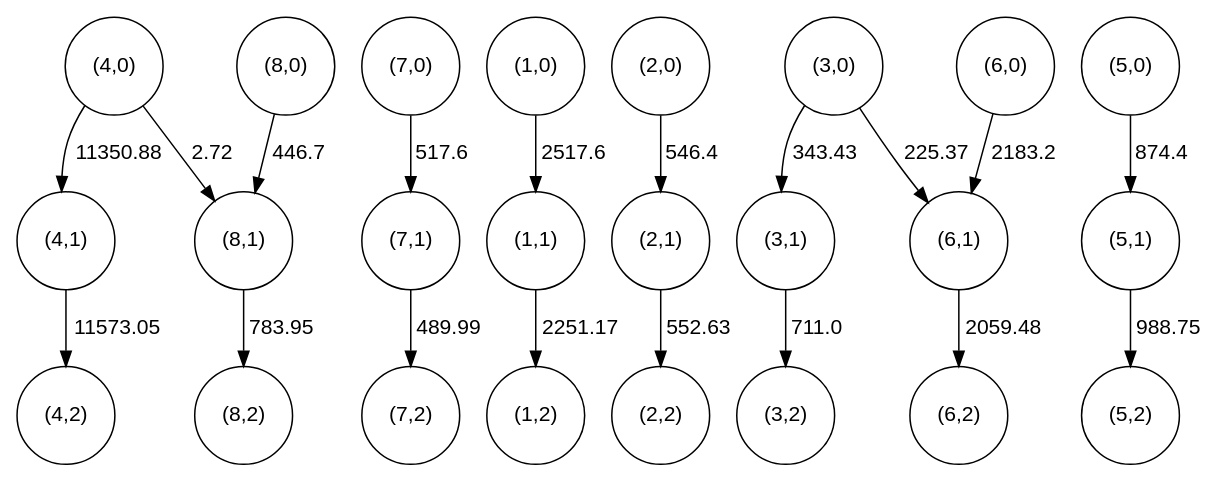
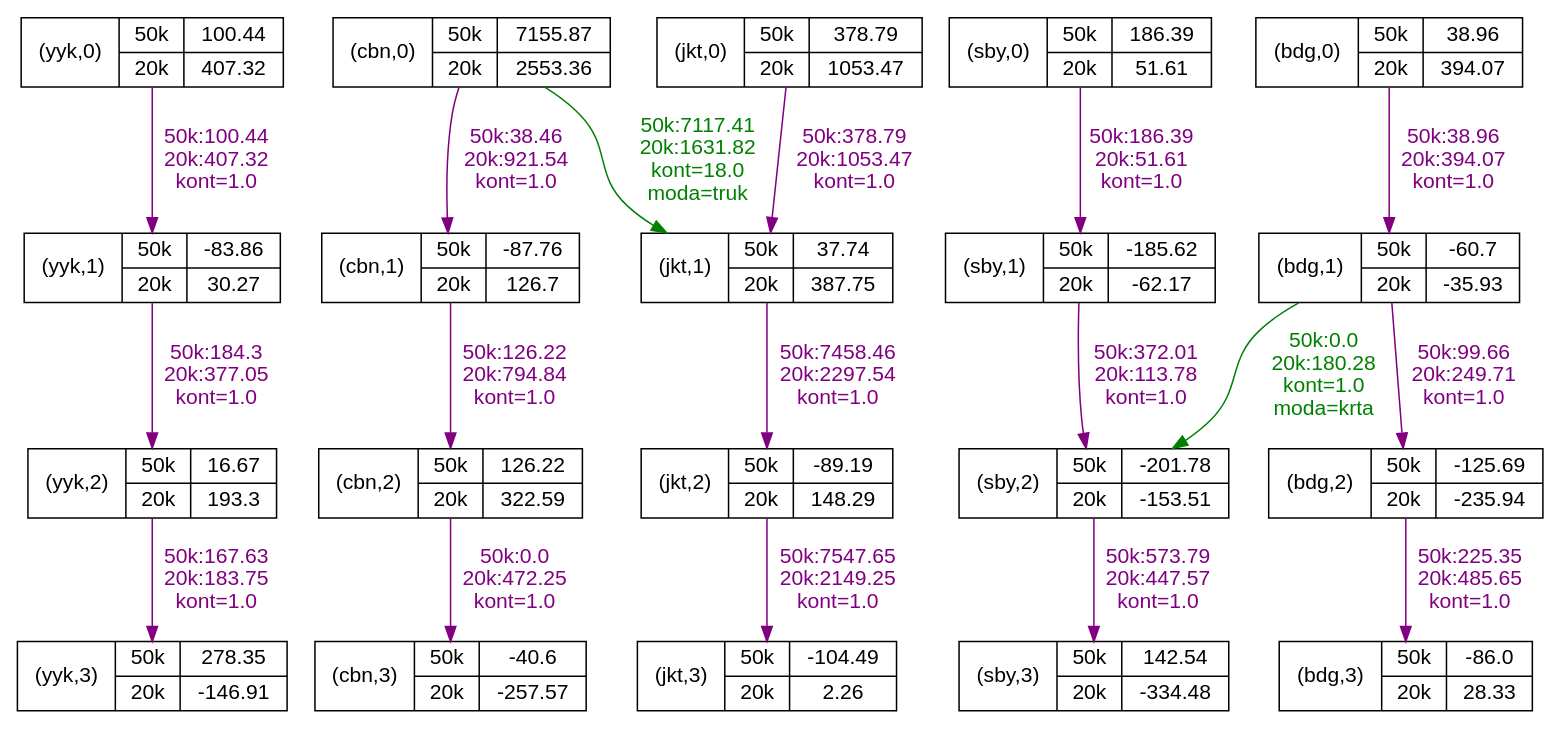
Before and after one commit to kreikrei/tugas-akhir: the diagram in demo/complete.dot, drawn with Graphviz. The commit also changed 71 other files, not shown here.

```diff
--- a/demo/complete.dot
+++ b/demo/complete.dot
@@ -1,44 +1,95 @@
 digraph complete {
-    "(8,2)" [shape=circle] [fontname="Helvetica"] [pos="8,2!"];
-    "(7,1)" [shape=circle] [fontname="Helvetica"] [pos="7,1!"];
-    "(1,2)" [shape=circle] [fontname="Helvetica"] [pos="1,2!"];
-    "(4,1)" [shape=circle] [fontname="Helvetica"] [pos="4,1!"];
-    "(2,1)" [shape=circle] [fontname="Helvetica"] [pos="2,1!"];
-    "(6,2)" [shape=circle] [fontname="Helvetica"] [pos="6,2!"];
-    "(4,0)" [shape=circle] [fontname="Helvetica"] [pos="4,0!"];
-    "(1,0)" [shape=circle] [fontname="Helvetica"] [pos="1,0!"];
-    "(8,1)" [shape=circle] [fontname="Helvetica"] [pos="8,1!"];
-    "(4,2)" [shape=circle] [fontname="Helvetica"] [pos="4,2!"];
-    "(7,2)" [shape=circle] [fontname="Helvetica"] [pos="7,2!"];
-    "(5,2)" [shape=circle] [fontname="Helvetica"] [pos="5,2!"];
-    "(6,1)" [shape=circle] [fontname="Helvetica"] [pos="6,1!"];
-    "(3,1)" [shape=circle] [fontname="Helvetica"] [pos="3,1!"];
-    "(5,0)" [shape=circle] [fontname="Helvetica"] [pos="5,0!"];
-    "(3,0)" [shape=circle] [fontname="Helvetica"] [pos="3,0!"];
-    "(3,2)" [shape=circle] [fontname="Helvetica"] [pos="3,2!"];
-    "(7,0)" [shape=circle] [fontname="Helvetica"] [pos="7,0!"];
-    "(8,0)" [shape=circle] [fontname="Helvetica"] [pos="8,0!"];
-    "(6,0)" [shape=circle] [fontname="Helvetica"] [pos="6,0!"];
-    "(2,0)" [shape=circle] [fontname="Helvetica"] [pos="2,0!"];
-    "(1,1)" [shape=circle] [fontname="Helvetica"] [pos="1,1!"];
-    "(5,1)" [shape=circle] [fontname="Helvetica"] [pos="5,1!"];
-    "(2,2)" [shape=circle] [fontname="Helvetica"] [pos="2,2!"];
-    "(7,1)" -> "(7,2)" [label=489.99] [fontname="Helvetica"];
-    "(4,1)" -> "(4,2)" [label=11573.05] [fontname="Helvetica"];
-    "(2,1)" -> "(2,2)" [label=552.63] [fontname="Helvetica"];
-    "(4,0)" -> "(8,1)" [label=2.72] [fontname="Helvetica"];
-    "(4,0)" -> "(4,1)" [label=11350.88] [fontname="Helvetica"];
-    "(1,0)" -> "(1,1)" [label=2517.6] [fontname="Helvetica"];
-    "(8,1)" -> "(8,2)" [label=783.95] [fontname="Helvetica"];
-    "(6,1)" -> "(6,2)" [label=2059.48] [fontname="Helvetica"];
-    "(3,1)" -> "(3,2)" [label=711.0] [fontname="Helvetica"];
-    "(5,0)" -> "(5,1)" [label=874.4] [fontname="Helvetica"];
-    "(3,0)" -> "(3,1)" [label=343.43] [fontname="Helvetica"];
-    "(3,0)" -> "(6,1)" [label=225.37] [fontname="Helvetica"];
-    "(7,0)" -> "(7,1)" [label=517.6] [fontname="Helvetica"];
-    "(8,0)" -> "(8,1)" [label=446.7] [fontname="Helvetica"];
-    "(6,0)" -> "(6,1)" [label=2183.2] [fontname="Helvetica"];
-    "(2,0)" -> "(2,1)" [label=546.4] [fontname="Helvetica"];
-    "(1,1)" -> "(1,2)" [label=2251.17] [fontname="Helvetica"];
-    "(5,1)" -> "(5,2)" [label=988.75] [fontname="Helvetica"];
+    node [shape=record];    "(yyk,0)" [label="(yyk,0)
+| {50k|20k} |{{100.44} | {407.32}}"] [fontname="Helvetica"] [pos="yyk,0!"];
+    "(yyk,3)" [label="(yyk,3)
+ | {50k|20k} |{{278.35} | {-146.91}}"] [fontname="Helvetica"] [pos="yyk,3!"];
+    "(cbn,2)" [label="(cbn,2)
+ | {50k|20k} |{{126.22} | {322.59}}"] [fontname="Helvetica"] [pos="cbn,2!"];
+    "(cbn,1)" [label="(cbn,1)
+ | {50k|20k} |{{-87.76} | {126.7}}"] [fontname="Helvetica"] [pos="cbn,1!"];
+    "(jkt,3)" [label="(jkt,3)
+ | {50k|20k} |{{-104.49} | {2.26}}"] [fontname="Helvetica"] [pos="jkt,3!"];
+    "(bdg,3)" [label="(bdg,3)
+ | {50k|20k} |{{-86.0} | {28.33}}"] [fontname="Helvetica"] [pos="bdg,3!"];
+    "(cbn,3)" [label="(cbn,3)
+ | {50k|20k} |{{-40.6} | {-257.57}}"] [fontname="Helvetica"] [pos="cbn,3!"];
+    "(cbn,0)" [label="(cbn,0)
+| {50k|20k} |{{7155.87} | {2553.36}}"] [fontname="Helvetica"] [pos="cbn,0!"];
+    "(sby,3)" [label="(sby,3)
+ | {50k|20k} |{{142.54} | {-334.48}}"] [fontname="Helvetica"] [pos="sby,3!"];
+    "(sby,1)" [label="(sby,1)
+ | {50k|20k} |{{-185.62} | {-62.17}}"] [fontname="Helvetica"] [pos="sby,1!"];
+    "(bdg,2)" [label="(bdg,2)
+ | {50k|20k} |{{-125.69} | {-235.94}}"] [fontname="Helvetica"] [pos="bdg,2!"];
+    "(yyk,1)" [label="(yyk,1)
+ | {50k|20k} |{{-83.86} | {30.27}}"] [fontname="Helvetica"] [pos="yyk,1!"];
+    "(jkt,1)" [label="(jkt,1)
+ | {50k|20k} |{{37.74} | {387.75}}"] [fontname="Helvetica"] [pos="jkt,1!"];
+    "(jkt,0)" [label="(jkt,0)
+| {50k|20k} |{{378.79} | {1053.47}}"] [fontname="Helvetica"] [pos="jkt,0!"];
+    "(sby,2)" [label="(sby,2)
+ | {50k|20k} |{{-201.78} | {-153.51}}"] [fontname="Helvetica"] [pos="sby,2!"];
+    "(yyk,2)" [label="(yyk,2)
+ | {50k|20k} |{{16.67} | {193.3}}"] [fontname="Helvetica"] [pos="yyk,2!"];
+    "(bdg,0)" [label="(bdg,0)
+| {50k|20k} |{{38.96} | {394.07}}"] [fontname="Helvetica"] [pos="bdg,0!"];
+    "(jkt,2)" [label="(jkt,2)
+ | {50k|20k} |{{-89.19} | {148.29}}"] [fontname="Helvetica"] [pos="jkt,2!"];
+    "(bdg,1)" [label="(bdg,1)
+ | {50k|20k} |{{-60.7} | {-35.93}}"] [fontname="Helvetica"] [pos="bdg,1!"];
+    "(sby,0)" [label="(sby,0)
+| {50k|20k} |{{186.39} | {51.61}}"] [fontname="Helvetica"] [pos="sby,0!"];
+    "(yyk,0)" -> "(yyk,1)" [label="50k:100.44
+ 20k:407.32
+ kont=1.0"] [fontcolor=purple] [color=purple] [fontname="Helvetica"] [nojust=true];
+    "(cbn,2)" -> "(cbn,3)" [label="50k:0.0
+ 20k:472.25
+ kont=1.0"] [fontcolor=purple] [color=purple] [fontname="Helvetica"] [nojust=true];
+    "(cbn,1)" -> "(cbn,2)" [label="50k:126.22
+ 20k:794.84
+ kont=1.0"] [fontcolor=purple] [color=purple] [fontname="Helvetica"] [nojust=true];
+    "(cbn,0)" -> "(jkt,1)" [label="50k:7117.41
+ 20k:1631.82
+ kont=18.0
+ moda=truk"] [fontcolor=green] [color=green] [fontname="Helvetica"] [nojust=true];
+    "(cbn,0)" -> "(cbn,1)" [label="50k:38.46
+ 20k:921.54
+ kont=1.0"] [fontcolor=purple] [color=purple] [fontname="Helvetica"] [nojust=true];
+    "(sby,1)" -> "(sby,2)" [label="50k:372.01
+ 20k:113.78
+ kont=1.0"] [fontcolor=purple] [color=purple] [fontname="Helvetica"] [nojust=true];
+    "(bdg,2)" -> "(bdg,3)" [label="50k:225.35
+ 20k:485.65
+ kont=1.0"] [fontcolor=purple] [color=purple] [fontname="Helvetica"] [nojust=true];
+    "(yyk,1)" -> "(yyk,2)" [label="50k:184.3
+ 20k:377.05
+ kont=1.0"] [fontcolor=purple] [color=purple] [fontname="Helvetica"] [nojust=true];
+    "(jkt,1)" -> "(jkt,2)" [label="50k:7458.46
+ 20k:2297.54
+ kont=1.0"] [fontcolor=purple] [color=purple] [fontname="Helvetica"] [nojust=true];
+    "(jkt,0)" -> "(jkt,1)" [label="50k:378.79
+ 20k:1053.47
+ kont=1.0"] [fontcolor=purple] [color=purple] [fontname="Helvetica"] [nojust=true];
+    "(sby,2)" -> "(sby,3)" [label="50k:573.79
+ 20k:447.57
+ kont=1.0"] [fontcolor=purple] [color=purple] [fontname="Helvetica"] [nojust=true];
+    "(yyk,2)" -> "(yyk,3)" [label="50k:167.63
+ 20k:183.75
+ kont=1.0"] [fontcolor=purple] [color=purple] [fontname="Helvetica"] [nojust=true];
+    "(bdg,0)" -> "(bdg,1)" [label="50k:38.96
+ 20k:394.07
+ kont=1.0"] [fontcolor=purple] [color=purple] [fontname="Helvetica"] [nojust=true];
+    "(jkt,2)" -> "(jkt,3)" [label="50k:7547.65
+ 20k:2149.25
+ kont=1.0"] [fontcolor=purple] [color=purple] [fontname="Helvetica"] [nojust=true];
+    "(bdg,1)" -> "(bdg,2)" [label="50k:99.66
+ 20k:249.71
+ kont=1.0"] [fontcolor=purple] [color=purple] [fontname="Helvetica"] [nojust=true];
+    "(bdg,1)" -> "(sby,2)" [label="50k:0.0
+ 20k:180.28
+ kont=1.0
+ moda=krta"] [fontcolor=green] [color=green] [fontname="Helvetica"] [nojust=true];
+    "(sby,0)" -> "(sby,1)" [label="50k:186.39
+ 20k:51.61
+ kont=1.0"] [fontcolor=purple] [color=purple] [fontname="Helvetica"] [nojust=true];
 }
```
